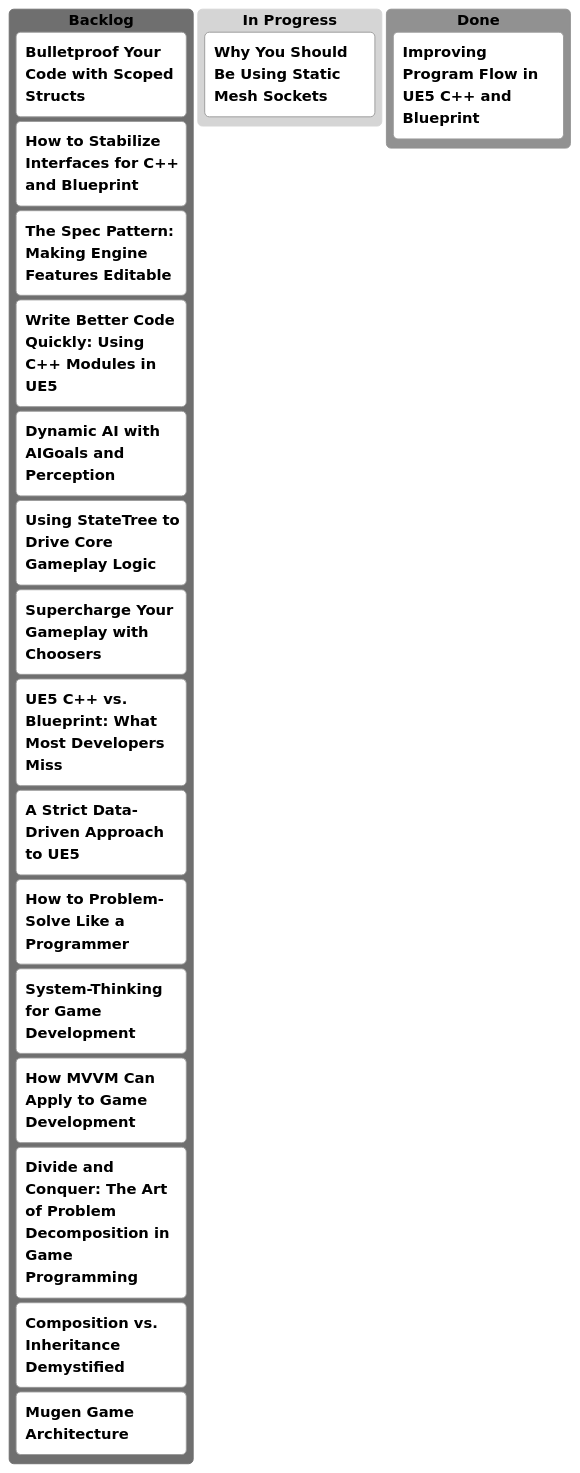
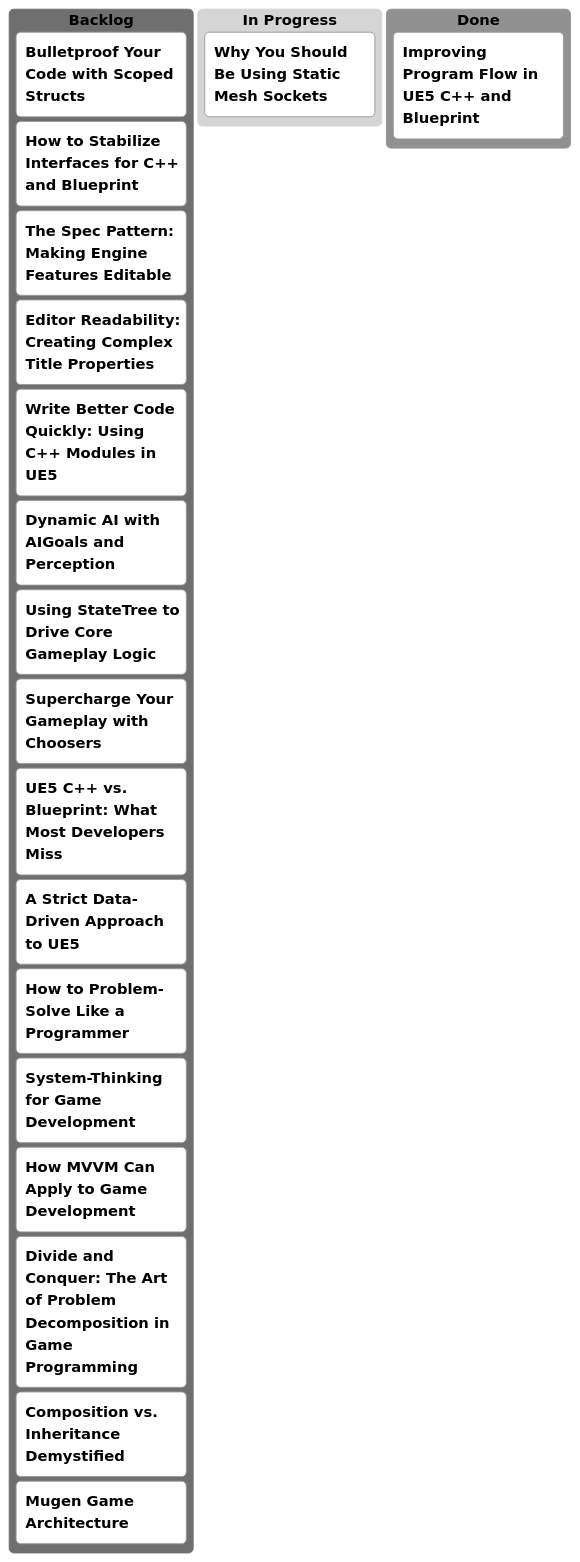
One commit to mugenmelon/mugenmelon.github.io changed the diagram in kanban.md. Above: the diagram before and after it, drawn with Mermaid (neutral theme).

```diff
--- a/kanban.md
+++ b/kanban.md
@@ -8,24 +8,25 @@
 <pre class="mermaid">
 kanban
     ["`**Backlog**`"]
         ["`**Bulletproof Your Code with Scoped Structs**`"]
         ["`**How to Stabilize Interfaces for C++ and Blueprint**`"]
         ["`**The Spec Pattern: Making Engine Features Editable**`"]
+        ["`**Editor Readability: Creating Complex Title Properties**`"]
         ["`**Write Better Code Quickly: Using C++ Modules in UE5**`"]
         ["`**Dynamic AI with AIGoals and Perception**`"]
         ["`**Using StateTree to Drive Core Gameplay Logic**`"]
         ["`**Supercharge Your Gameplay with Choosers**`"]
         
         ["`**UE5 C++ vs. Blueprint: What Most Developers Miss**`"]
         ["`**A Strict Data-Driven Approach to UE5**`"]
         ["`**How to Problem-Solve Like a Programmer**`"]
         ["`**System-Thinking for Game Development**`"]
         ["`**How MVVM Can Apply to Game Development**`"]
         ["`**Divide and Conquer: The Art of Problem Decomposition in Game Programming**`"]
         ["`**Composition vs. Inheritance Demystified**`"]
         ["`**Mugen Game Architecture**`"]
     ["`**In Progress**`"]
         ["`**Why You Should Be Using Static Mesh Sockets**`"]
     ["`**Done**`"]
         ["`**Improving Program Flow in UE5 C++ and Blueprint**`"]
 </pre>
```
